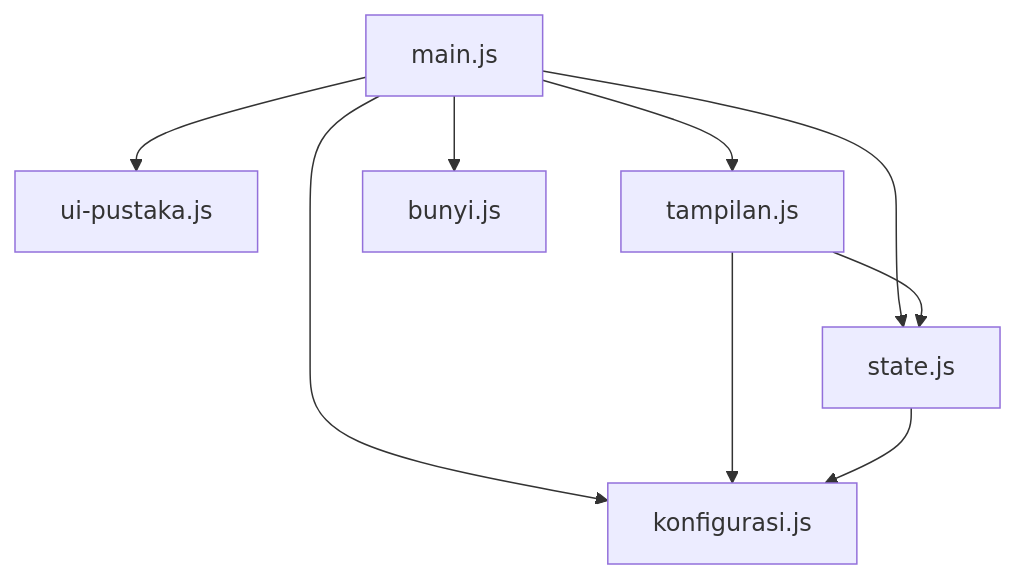
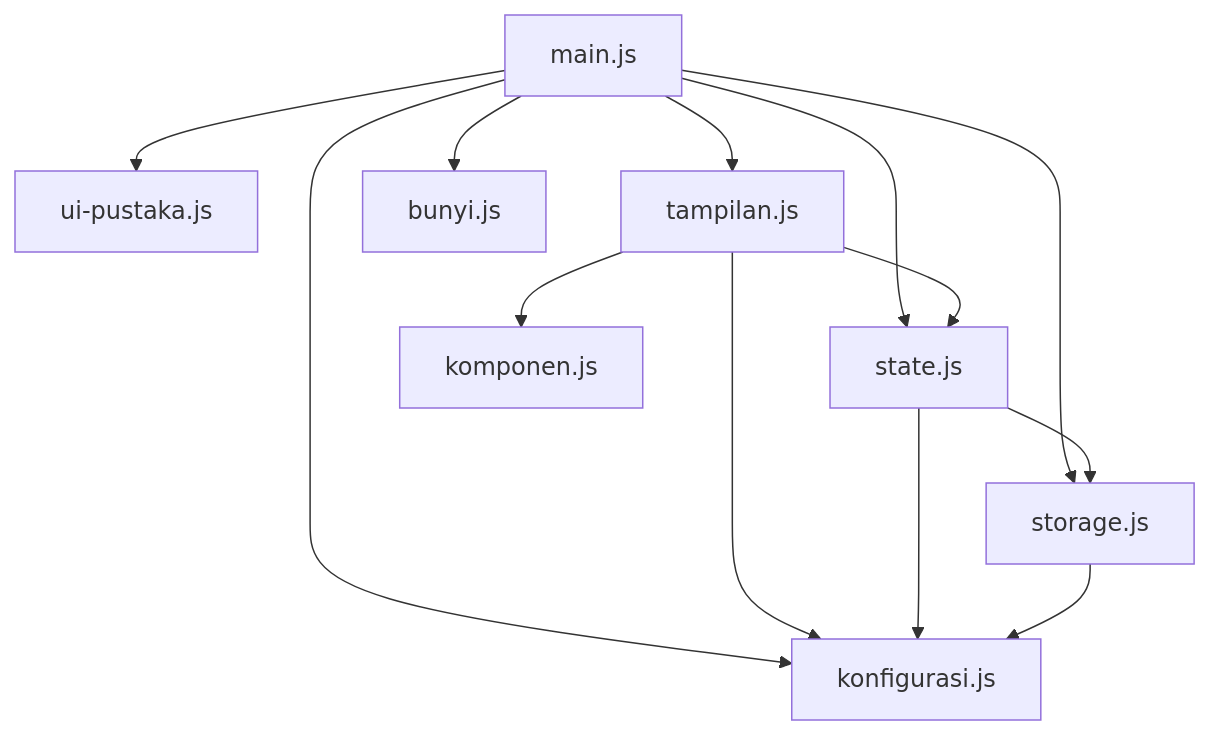
The diagram in MODULE_MAP.md (Farhah123/ppv-project-akhir-5125500047), drawn with Mermaid before and after one commit. The commit also changed other lines of this file and 3 other files, not shown here.

````diff
--- a/MODULE_MAP.md
+++ b/MODULE_MAP.md
@@ -11,11 +11,15 @@
 ```mermaid
 graph TD
   main[main.js] --> ui[ui-pustaka.js]
   main --> konf[konfigurasi.js]
   main --> state[state.js]
+  main --> storage[storage.js]
   main --> tampilan[tampilan.js]
   main --> bunyi[bunyi.js]
   tampilan --> konf
   tampilan --> state
+  tampilan --> komponen[komponen.js]
   state --> konf
+  state --> storage
+  storage --> konf
 ```
````
